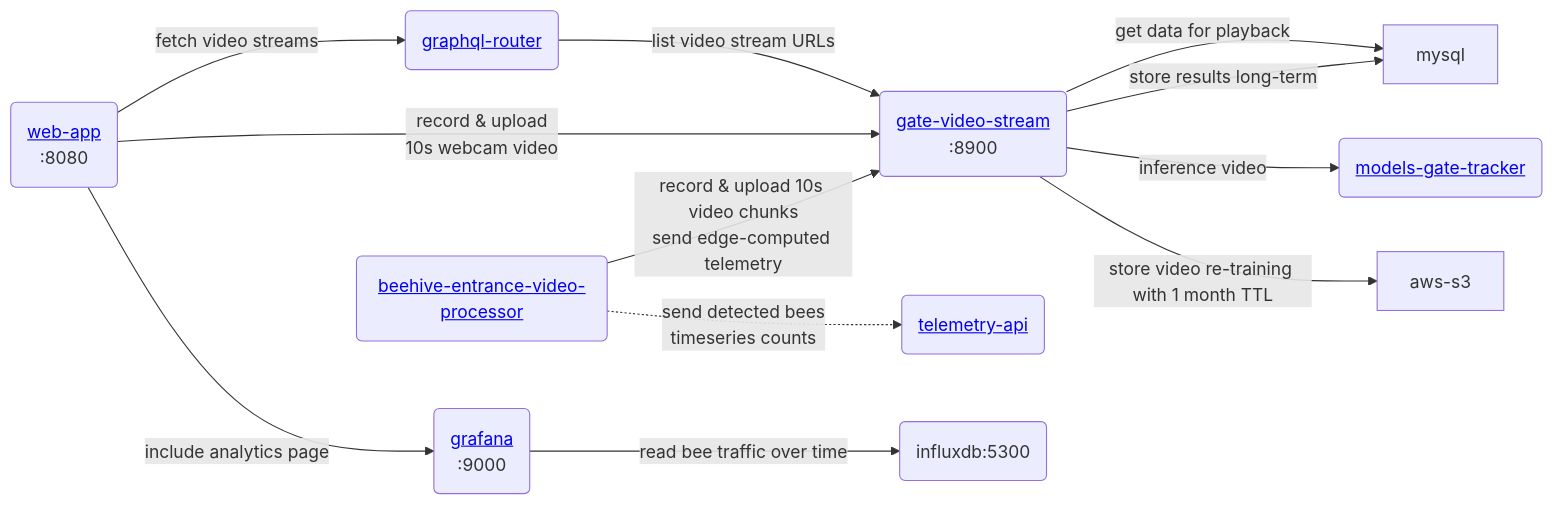
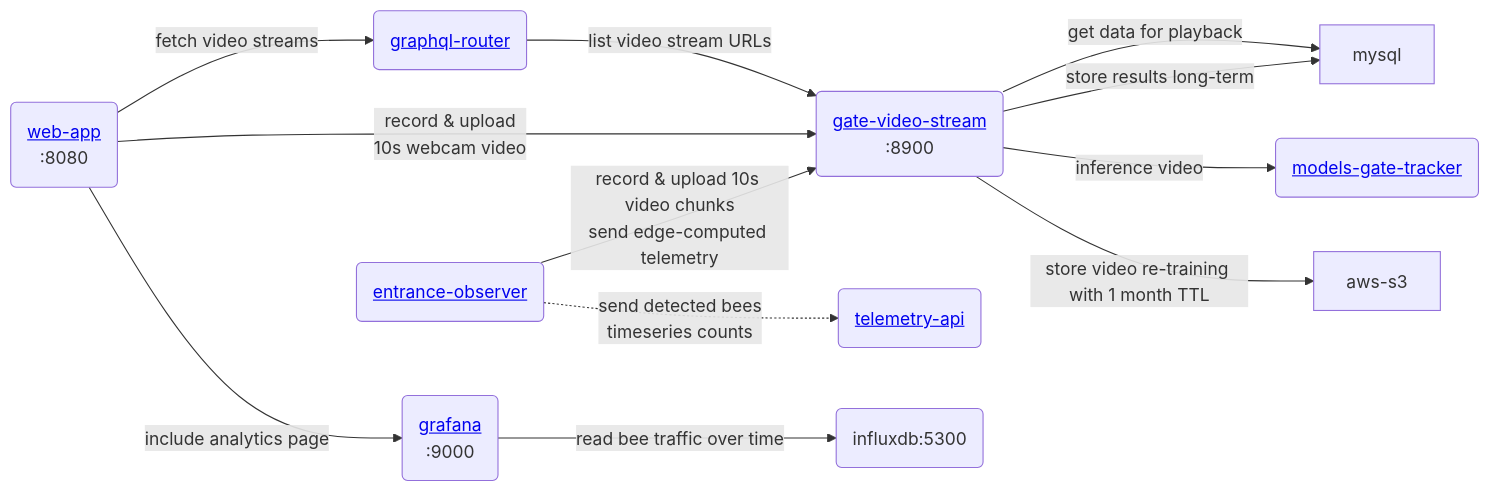
One commit to Gratheon/website changed the diagram in docs/entrance-observer/entrance-observer.md. Above: the diagram before and after it, drawn with Mermaid. The commit also changed 22 other files, not shown here.

````diff
--- a/docs/entrance-observer/entrance-observer.md
+++ b/docs/entrance-observer/entrance-observer.md
@@ -9,15 +9,15 @@
 ```mermaid
 flowchart LR
 	web-app("<a href='https://github.com/Gratheon/web-app'>web-app</a>\n:8080") --"fetch video streams"--> graphql-router("<a href='https://github.com/Gratheon/graphql-router'>graphql-router</a>") --"list video stream URLs"--> gate-video-stream -- "get data for playback" --> mysql
 
 	web-app --"record & upload \n 10s webcam video"--> gate-video-stream("<a href='https://github.com/Gratheon/gate-video-stream'>gate-video-stream</a>\n:8900") --"inference video"--> models-gate-tracker("<a href='https://github.com/Gratheon/models-gate-tracker'>models-gate-tracker</a>")
 
 	gate-video-stream --"store video re-training with 1 month TTL"--> aws-s3
 	gate-video-stream --"store results long-term" --> mysql
 
-	beehive-entrance-video-processor("<a href='https://github.com/Gratheon/beehive-entrance-video-processor'>beehive-entrance-video-processor</a>") --"record & upload 10s video chunks\nsend edge-computed telemetry"--> gate-video-stream
+	entrance-observer("<a href='https://github.com/Gratheon/entrance-observer'>entrance-observer</a>") --"record & upload 10s video chunks\nsend edge-computed telemetry"--> gate-video-stream
 
-	beehive-entrance-video-processor -."send detected bees \n timeseries counts".-> telemetry-api("<a href='https://github.com/Gratheon/telemetry-api'>telemetry-api</a>")
+	entrance-observer -."send detected bees \n timeseries counts".-> telemetry-api("<a href='https://github.com/Gratheon/telemetry-api'>telemetry-api</a>")
 
 	web-app --"include analytics page"--> grafana("<a href='https://github.com/Gratheon/grafana'>grafana</a>\n:9000") --"read bee traffic over time"--> influxdb("influxdb:5300")
 ```
````
